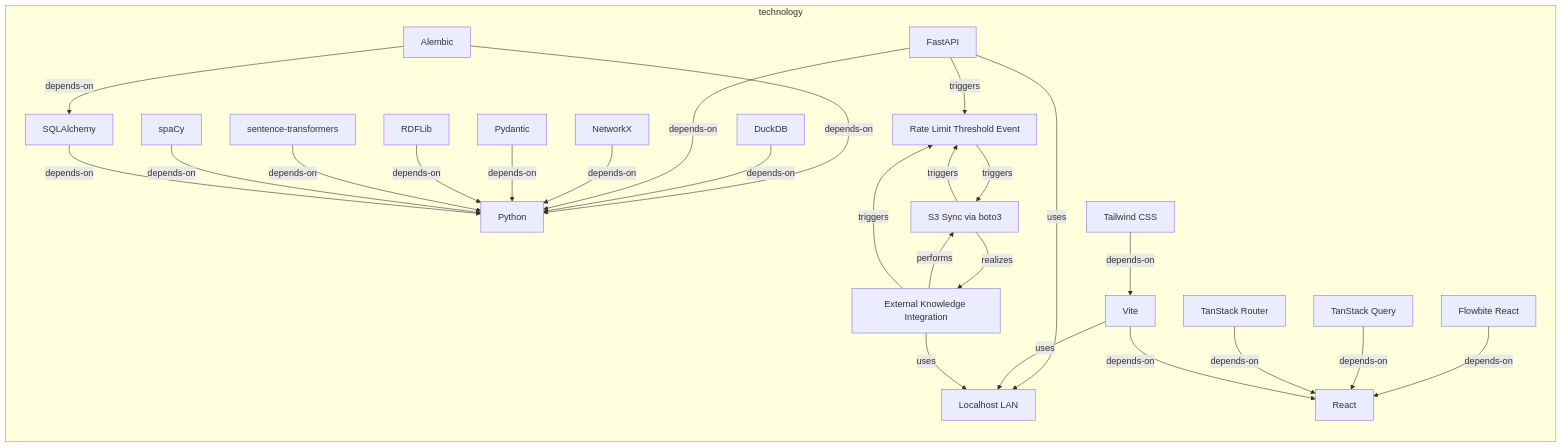
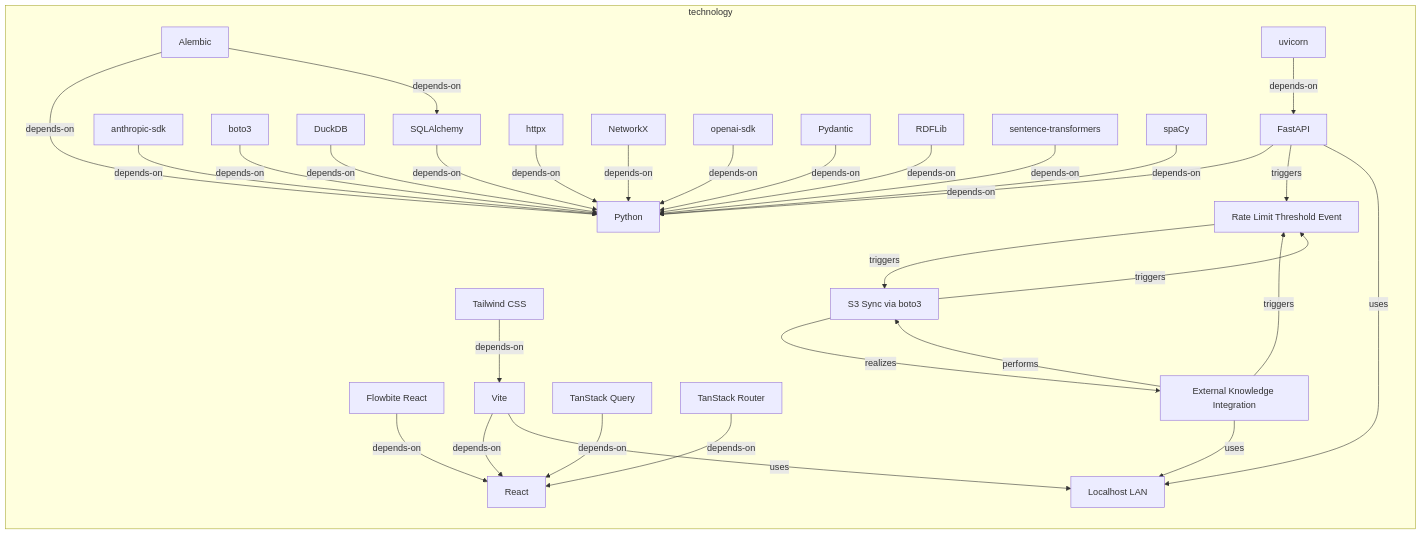
One commit to tinkermonkey/context-studio changed the first of 2 diagrams in documentation-robotics/reports/05-technology-layer-report.md. Above: the diagram before and after it, drawn with Mermaid. The commit also changed other lines of this file and 22 other files, not shown here.

````diff
--- a/documentation-robotics/reports/05-technology-layer-report.md
+++ b/documentation-robotics/reports/05-technology-layer-report.md
@@ -30,49 +30,59 @@
 ```mermaid
 flowchart LR
   subgraph technology
     technology_communicationnetwork_localhost_lan["Localhost LAN"]
     technology_systemsoftware_alembic["Alembic"]
+    technology_systemsoftware_anthropic_sdk["anthropic-sdk"]
+    technology_systemsoftware_boto3["boto3"]
     technology_systemsoftware_duck_db["DuckDB"]
     technology_systemsoftware_fast_api["FastAPI"]
     technology_systemsoftware_flowbite_react["Flowbite React"]
+    technology_systemsoftware_httpx["httpx"]
     technology_systemsoftware_network_x["NetworkX"]
+    technology_systemsoftware_openai_sdk["openai-sdk"]
     technology_systemsoftware_pydantic["Pydantic"]
     technology_systemsoftware_python["Python"]
     technology_systemsoftware_rdflib["RDFLib"]
     technology_systemsoftware_react["React"]
     technology_systemsoftware_sentence_transformers["sentence-transformers"]
     technology_systemsoftware_spa_cy["spaCy"]
     technology_systemsoftware_sqlalchemy["SQLAlchemy"]
     technology_systemsoftware_tailwind_css["Tailwind CSS"]
     technology_systemsoftware_tan_stack_query["TanStack Query"]
     technology_systemsoftware_tan_stack_router["TanStack Router"]
+    technology_systemsoftware_uvicorn["uvicorn"]
     technology_systemsoftware_vite["Vite"]
     technology_technologycollaboration_external_knowledge_integration["External Knowledge Integration"]
     technology_technologyevent_rate_limit_threshold_event["Rate Limit Threshold Event"]
     technology_technologyinteraction_s3_sync_via_boto3["S3 Sync via boto3"]
     technology_systemsoftware_alembic -->|depends-on| technology_systemsoftware_python
     technology_systemsoftware_alembic -->|depends-on| technology_systemsoftware_sqlalchemy
+    technology_systemsoftware_anthropic_sdk -->|depends-on| technology_systemsoftware_python
+    technology_systemsoftware_boto3 -->|depends-on| technology_systemsoftware_python
     technology_systemsoftware_duck_db -->|depends-on| technology_systemsoftware_python
     technology_systemsoftware_fast_api -->|depends-on| technology_systemsoftware_python
     technology_systemsoftware_fast_api -->|triggers| technology_technologyevent_rate_limit_threshold_event
     technology_systemsoftware_fast_api -->|uses| technology_communicationnetwork_localhost_lan
     technology_systemsoftware_flowbite_react -->|depends-on| technology_systemsoftware_react
+    technology_systemsoftware_httpx -->|depends-on| technology_systemsoftware_python
     technology_systemsoftware_network_x -->|depends-on| technology_systemsoftware_python
+    technology_systemsoftware_openai_sdk -->|depends-on| technology_systemsoftware_python
     technology_systemsoftware_pydantic -->|depends-on| technology_systemsoftware_python
     technology_systemsoftware_rdflib -->|depends-on| technology_systemsoftware_python
     technology_systemsoftware_sentence_transformers -->|depends-on| technology_systemsoftware_python
     technology_systemsoftware_spa_cy -->|depends-on| technology_systemsoftware_python
     technology_systemsoftware_sqlalchemy -->|depends-on| technology_systemsoftware_python
     technology_systemsoftware_tailwind_css -->|depends-on| technology_systemsoftware_vite
     technology_systemsoftware_tan_stack_query -->|depends-on| technology_systemsoftware_react
     technology_systemsoftware_tan_stack_router -->|depends-on| technology_systemsoftware_react
+    technology_systemsoftware_uvicorn -->|depends-on| technology_systemsoftware_fast_api
     technology_systemsoftware_vite -->|depends-on| technology_systemsoftware_react
     technology_systemsoftware_vite -->|uses| technology_communicationnetwork_localhost_lan
     technology_technologycollaboration_external_knowledge_integration -->|performs| technology_technologyinteraction_s3_sync_via_boto3
     technology_technologycollaboration_external_knowledge_integration -->|triggers| technology_technologyevent_rate_limit_threshold_event
     technology_technologycollaboration_external_knowledge_integration -->|uses| technology_communicationnetwork_localhost_lan
     technology_technologyevent_rate_limit_threshold_event -->|triggers| technology_technologyinteraction_s3_sync_via_boto3
     technology_technologyinteraction_s3_sync_via_boto3 -->|realizes| technology_technologycollaboration_external_knowledge_integration
     technology_technologyinteraction_s3_sync_via_boto3 -->|triggers| technology_technologyevent_rate_limit_threshold_event
   end
 ```
````
